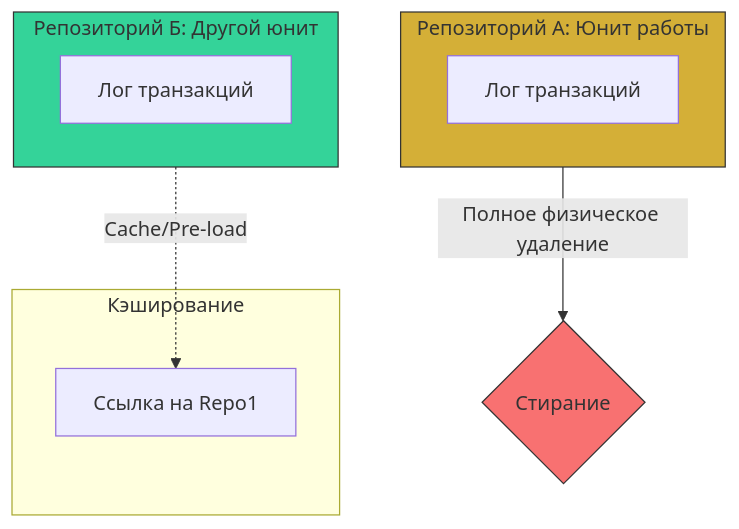
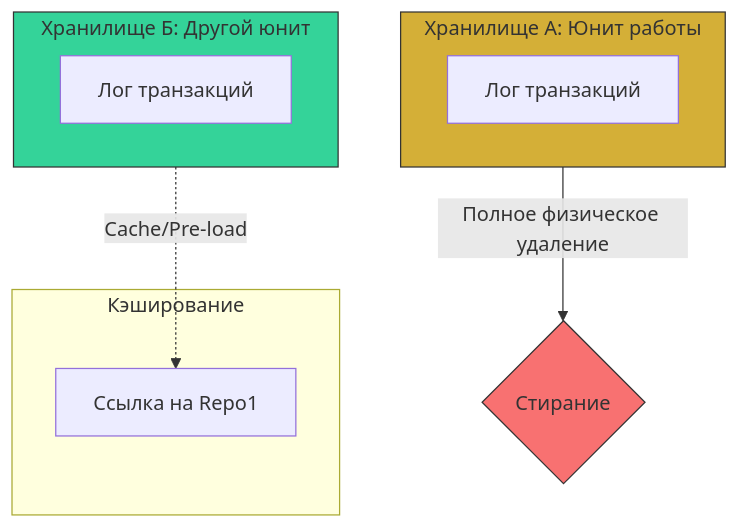
Diagram 27 of 51 in shared_docs/Технический документ платформы Турбаза.md (Data-Independence-Network/presentations), drawn with Mermaid before and after one commit. The commit also changed other lines of this file and 8 other files, not shown here.

````diff
--- a/shared_docs/Технический документ платформы Турбаза.md
+++ b/shared_docs/Технический документ платформы Турбаза.md
@@ -690,21 +690,21 @@
 ```mermaid
 graph TD
-    subgraph Repo1 [Репозиторий А: Юнит работы]
+    subgraph Repo1 [Хранилище А: Юнит работы]
         Log1[Лог транзакций]
     end
     
-    subgraph Repo2 [Репозиторий Б: Другой юнит]
+    subgraph Repo2 [Хранилище Б: Другой юнит]
         Log2[Лог транзакций]
     end
     
     subgraph Cache [Кэширование]
         Ref[Ссылка на Repo1]
     end
     
     Repo1 -- "Полное физическое удаление" --> Delete{Стирание}
     Repo2 -.->|Cache/Pre-load| Ref
     
     style Delete fill:#F87171,stroke:#333
     style Repo1 fill:#D4AF37,stroke:#333
     style Repo2 fill:#34D399,stroke:#333
 ```
````
